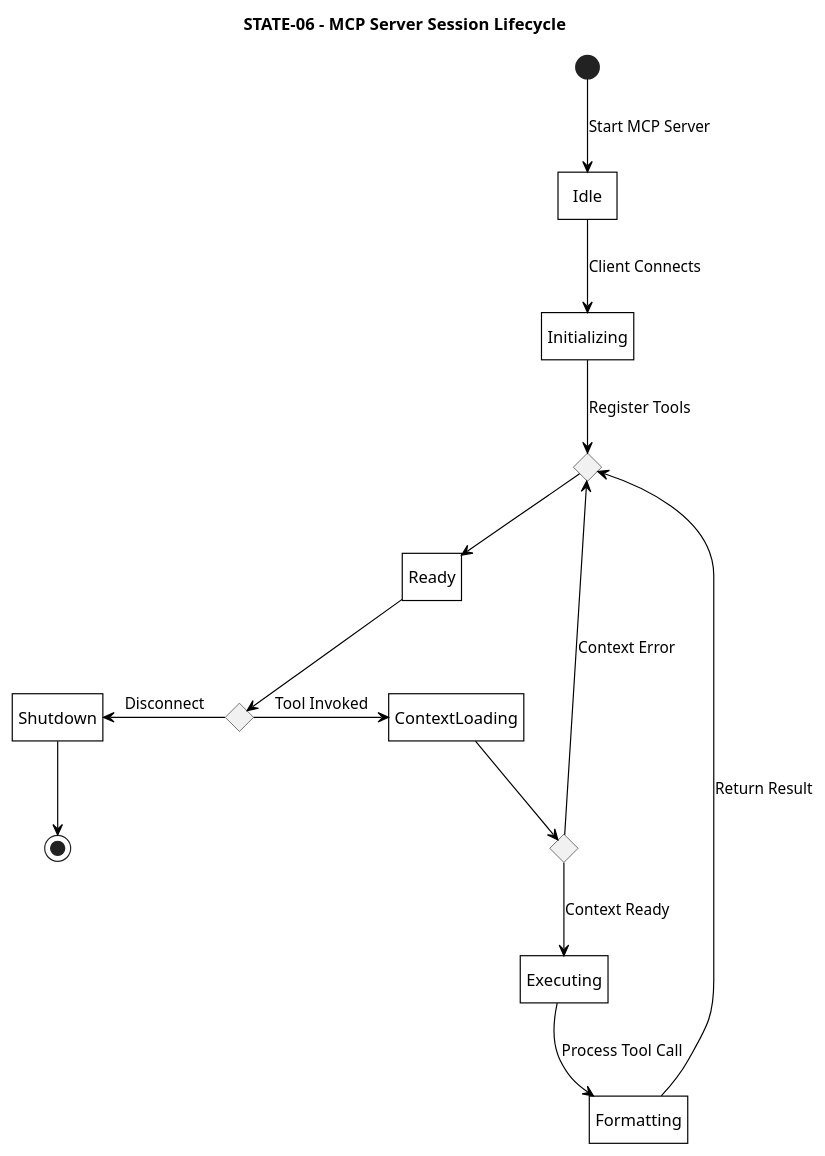
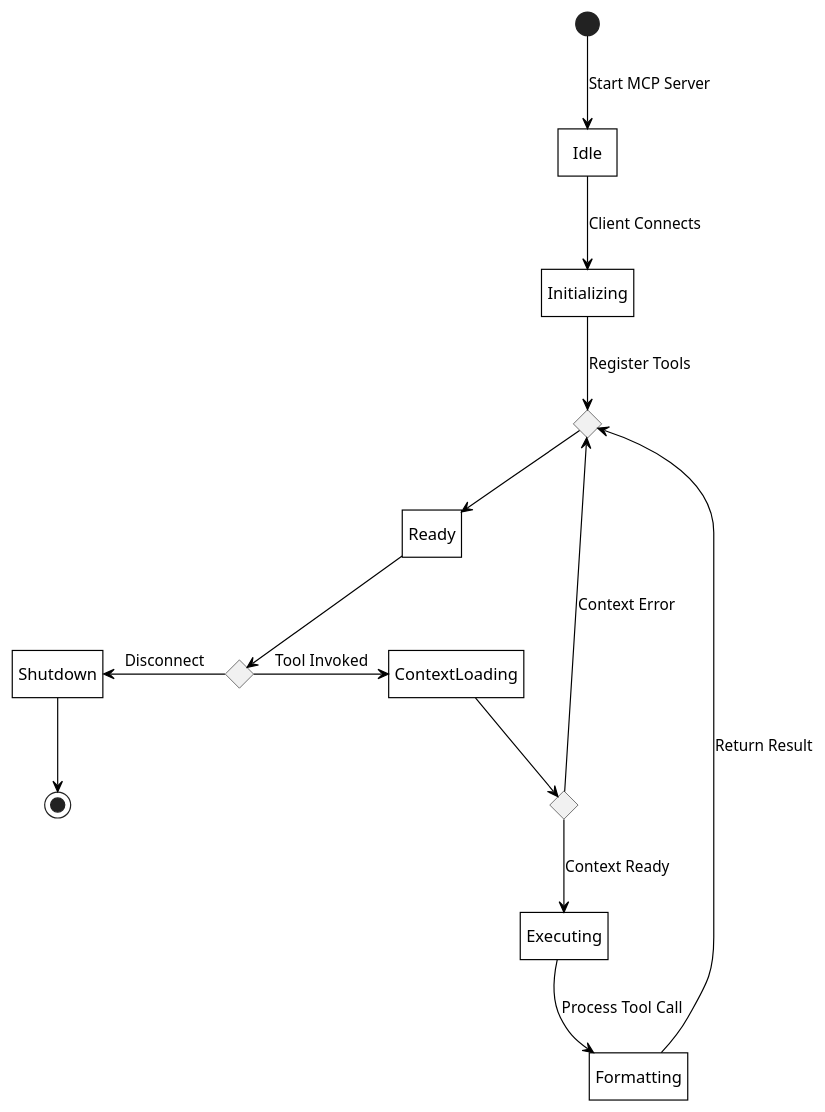
The diagram in diagrams/puml/state-machine/06-mcp-session.puml (Litho-MD/uet-fyp-docs), drawn with PlantUML before and after one commit. The commit also changed 109 other files, not shown here.

First line of the commit message:
Add TikZ support for UML diagrams and refine document structure

```diff
--- a/diagrams/puml/state-machine/06-mcp-session.puml
+++ b/diagrams/puml/state-machine/06-mcp-session.puml
@@ -1,44 +1,42 @@
-@startuml STATE-06-mcp-session
-title STATE-06 - MCP Server Session Lifecycle
-
+@startuml
 hide empty description
 
 skinparam monochrome true
 skinparam backgroundColor white
 skinparam shadowing false
 skinparam defaultTextAlignment center
 skinparam roundCorner 0
 skinparam ArrowColor black
 skinparam defaultFontColor black
 skinparam stateBorderThickness 1
 skinparam state {
     BackgroundColor white
     BorderColor black
     FontColor black
 }
 
 state c_ready_in <<choice>>
 
 [*] -down-> Idle : Start MCP Server
 
 Idle -down-> Initializing : Client Connects
 Initializing -down-> c_ready_in : Register Tools
 c_ready_in -down-> Ready
 
 state c_ready <<choice>>
 Ready -down-> c_ready
 
 c_ready -right-> ContextLoading : Tool Invoked
 c_ready -left-> Shutdown : Disconnect
 
 state c_ctx <<choice>>
 ContextLoading -down-> c_ctx
 c_ctx -left-> c_ready_in : Context Error
 c_ctx -down-> Executing : Context Ready
 
 Executing -down-> Formatting : Process Tool Call
 Formatting -left-> c_ready_in : Return Result
 
 Shutdown -down-> [*]
 
 @enduml
```
